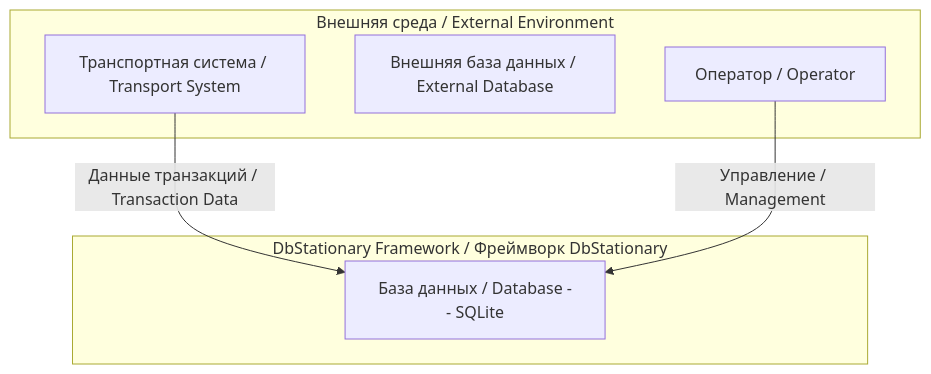
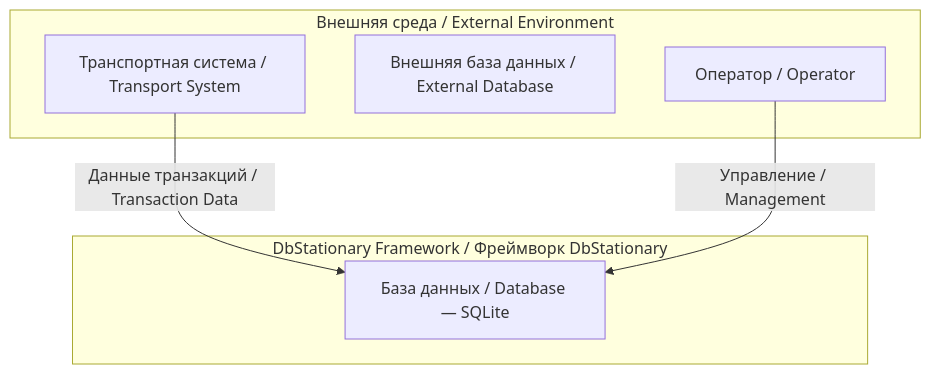
The first of 6 diagrams in ARCHITECTURE.md (ekatmoz88-alt/dbstationary-architecture-docs), drawn with Mermaid before and after one commit. The commit also changed other lines of this file, not shown here.

Commit message:
Fix architecture diagrams and Markdown formatting

````diff
--- a/ARCHITECTURE.md
+++ b/ARCHITECTURE.md
@@ -18,15 +19,15 @@
 ```mermaid
-graph TD
+flowchart TD
     subgraph External["Внешняя среда / External Environment"]
         TransportSystem["Транспортная система / Transport System"]
-        Database["Внешняя база данных / External Database"]
+        ExternalDatabase["Внешняя база данных / External Database"]
         User["Оператор / Operator"]
     end
 
     subgraph System["DbStationary Framework / Фреймворк DbStationary"]
-        DB["База данных / Database -- SQLite"]
+        LocalDatabase["База данных / Database — SQLite"]
     end
 
-    TransportSystem -->|Данные транзакций / Transaction Data| DB
-    User -->|Управление / Management| DB
+    TransportSystem -->|Данные транзакций / Transaction Data| LocalDatabase
+    User -->|Управление / Management| LocalDatabase
 ```
````
